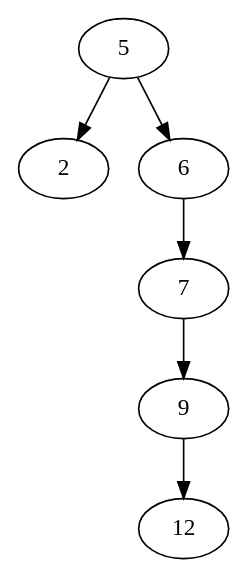
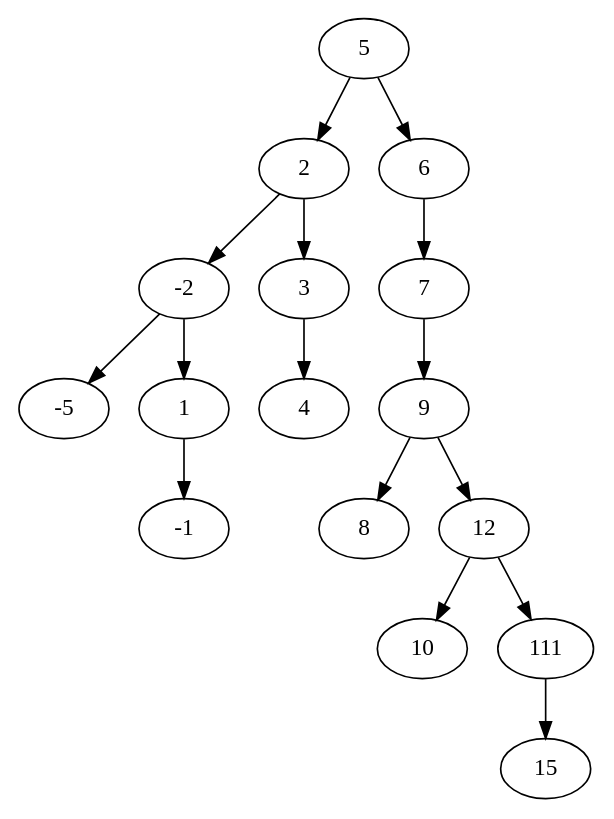
One commit to nikizhelqzkov/CPP-SDP changed the diagram in tree/myTree.dot. Above: the diagram before and after it, drawn with Graphviz. The commit also changed 7 other files, not shown here.

```diff
--- a/tree/myTree.dot
+++ b/tree/myTree.dot
@@ -1,13 +1,33 @@
 digraph G{
-15102472[label="2"];
-15079512[label="5"];
-15079512->15102472
-15079512->15102448
-15102448[label="6"];
-15102448->15102496
-15102496[label="7"];
-15102496->15102520
-15102520[label="9"];
-15102520->15102544
-15102544[label="12"];
+7828120[label="-5"];
+7828048[label="-2"];
+7828048->7828120
+7828048->7828072
+7828096[label="-1"];
+7828072[label="1"];
+7828072->7828096
+7827976[label="2"];
+7827976->7828048
+7827976->7828000
+7828000[label="3"];
+7828000->7828144
+7828144[label="4"];
+7805016[label="5"];
+7805016->7827976
+7805016->7827952
+7827952[label="6"];
+7827952->7828024
+7828024[label="7"];
+7828024->7828168
+7828216[label="8"];
+7828168[label="9"];
+7828168->7828216
+7828168->7828192
+7828240[label="10"];
+7828192[label="12"];
+7828192->7828240
+7828192->7799968
+7840840[label="15"];
+7799968[label="111"];
+7799968->7840840
 }
```
